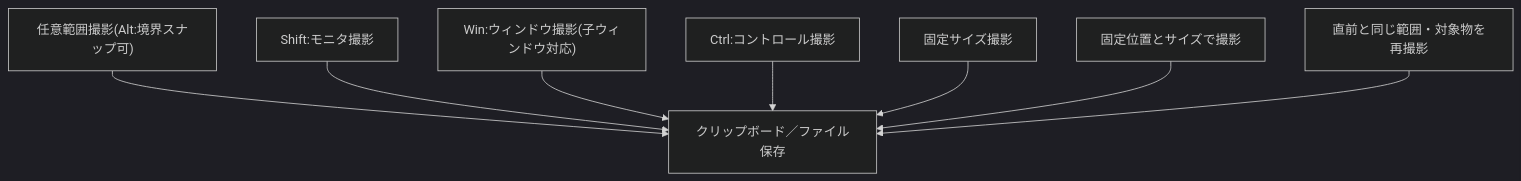
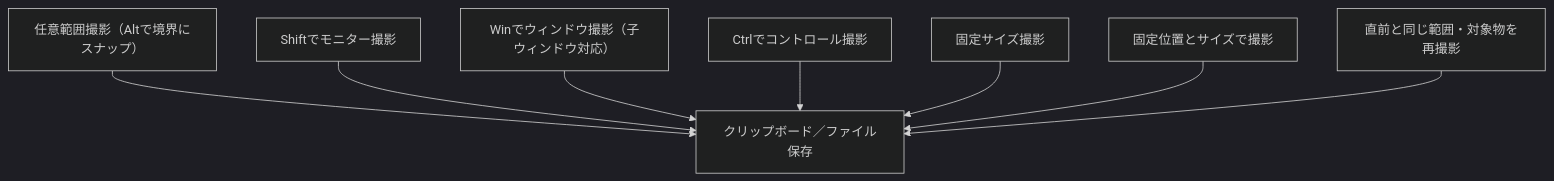
The first of 3 diagrams in README.md (KotorinChunChun/SSCapture), drawn with Mermaid (dark theme) before and after one commit. The commit also changed other lines of this file and 5 other files, not shown here.

````diff
--- a/README.md
+++ b/README.md
@@ -19,10 +17,10 @@
 ```mermaid
 flowchart TB
-    area["任意範囲撮影(Alt:境界スナップ可)"] --> output["クリップボード／ファイル保存"]
-    monitor["Shift:モニタ撮影"] --> output
-    window["Win:ウィンドウ撮影(子ウィンドウ対応)"] --> output
-    ctrl["Ctrl:コントロール撮影"] --> output
+    area["任意範囲撮影（Altで境界にスナップ）"] --> output["クリップボード／ファイル保存"]
+    monitor["Shiftでモニター撮影"] --> output
+    window["Winでウィンドウ撮影（子ウィンドウ対応）"] --> output
+    ctrl["Ctrlでコントロール撮影"] --> output
     size["固定サイズ撮影"] --> output
     position["固定位置とサイズで撮影"] --> output
     repeat["直前と同じ範囲・対象物を再撮影"] --> output
 ```
````
